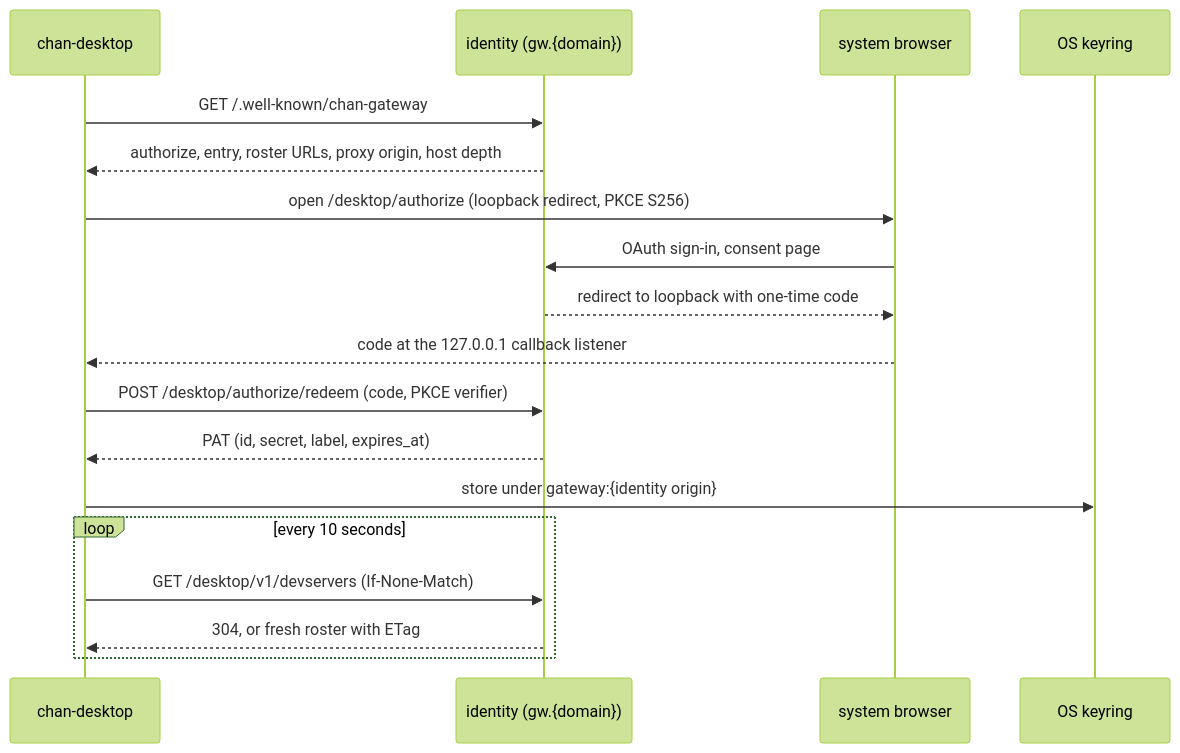
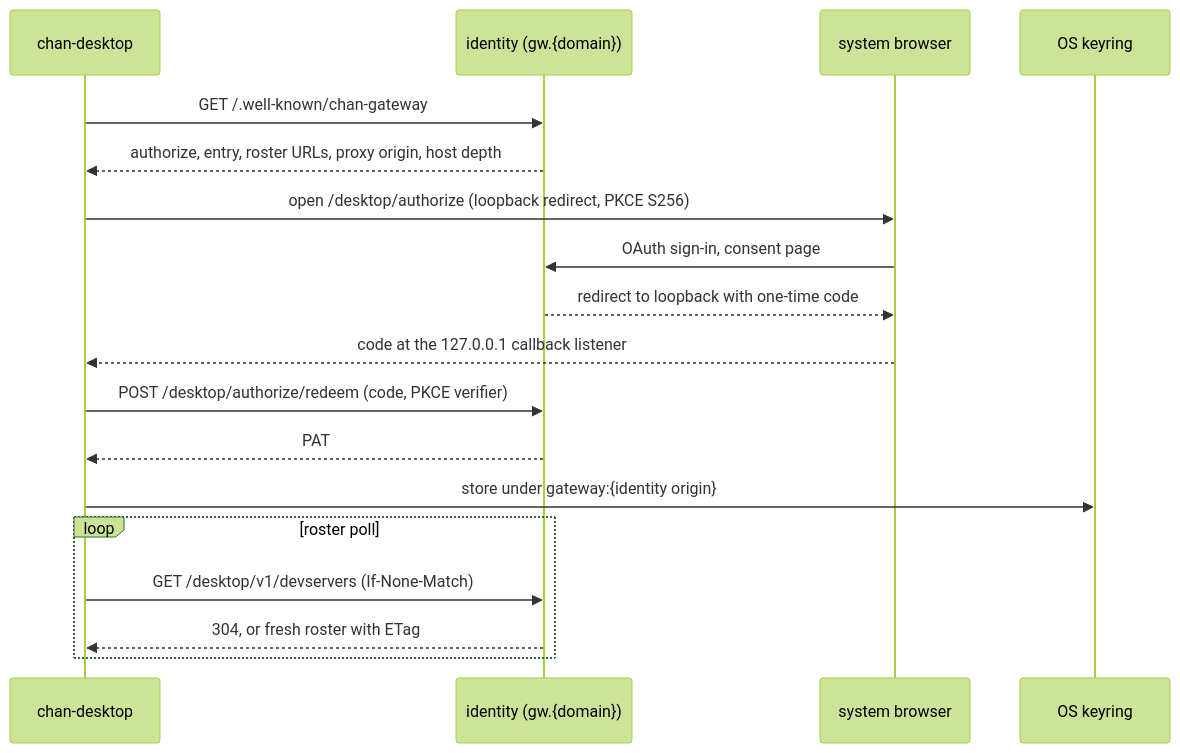
Before and after one commit to fiorix/chan: the third of 4 diagrams in gateway/design.md, drawn with Mermaid (forest theme). The commit also changed other lines of this file and 19 other files, not shown here.

````diff
--- a/gateway/design.md
+++ b/gateway/design.md
@@ -102,20 +109,20 @@
 ```mermaid
 sequenceDiagram
     participant DT as chan-desktop
     participant ID as identity (gw.{domain})
     participant BR as system browser
     participant KR as OS keyring
     DT->>ID: GET /.well-known/chan-gateway
     ID-->>DT: authorize, entry, roster URLs, proxy origin, host depth
     DT->>BR: open /desktop/authorize (loopback redirect, PKCE S256)
     BR->>ID: OAuth sign-in, consent page
     ID-->>BR: redirect to loopback with one-time code
     BR-->>DT: code at the 127.0.0.1 callback listener
     DT->>ID: POST /desktop/authorize/redeem (code, PKCE verifier)
-    ID-->>DT: PAT (id, secret, label, expires_at)
+    ID-->>DT: PAT
     DT->>KR: store under gateway:{identity origin}
-    loop every 10 seconds
+    loop roster poll
         DT->>ID: GET /desktop/v1/devservers (If-None-Match)
         ID-->>DT: 304, or fresh roster with ETag
     end
 ```
````
